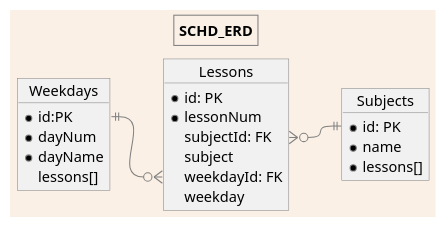
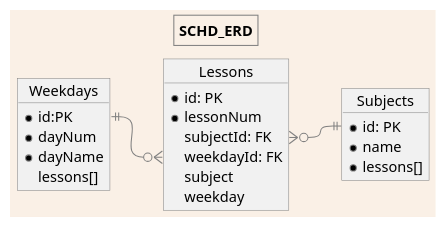
One commit to smdyan/school changed the diagram in erd/schd_erd.puml. Above: the diagram before and after it, drawn with PlantUML. The commit also changed other lines of this file and 22 other files, not shown here.

```diff
--- a/erd/schd_erd.puml
+++ b/erd/schd_erd.puml
@@ -1,43 +1,43 @@
 @startuml schd_erd
 'https://plantuml.com/object-diagram
 'Opt+D to Preview
 
 <style>
     document {
         BackGroundColor Linen
     }
     root {
         FontColor #?black:white
         LineColor gray
     }
 </style>
 
 title SCHD_ERD
 
 object Lessons {
     *id: PK
     *lessonNum
     subjectId: FK
+    weekdayId: FK
     subject
-    weekdayId: FK
     weekday
 }
 
 object Subjects {
     *id: PK
     *name
     *lessons[]
 }
 
 object Weekdays {
     *id:PK
     *dayNum
     *dayName
     lessons[]
 }
 
 
 Subjects::id ||-l-o{ Lessons::subjectId
 Weekdays::id ||-r-o{ Lessons::weekdayId
 
 @enduml
```
